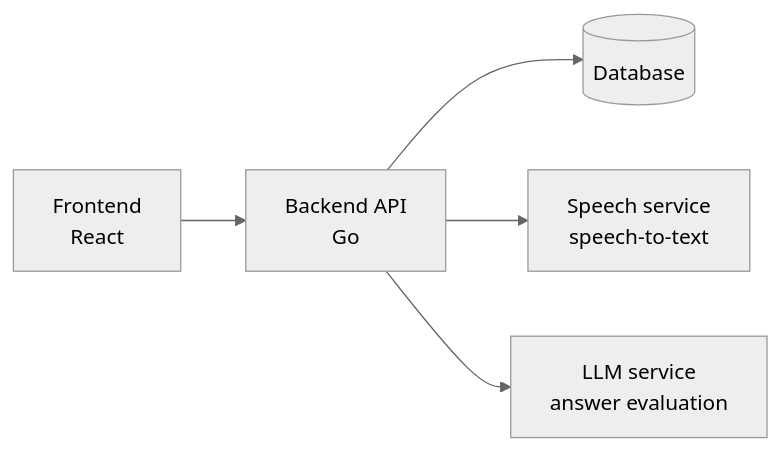
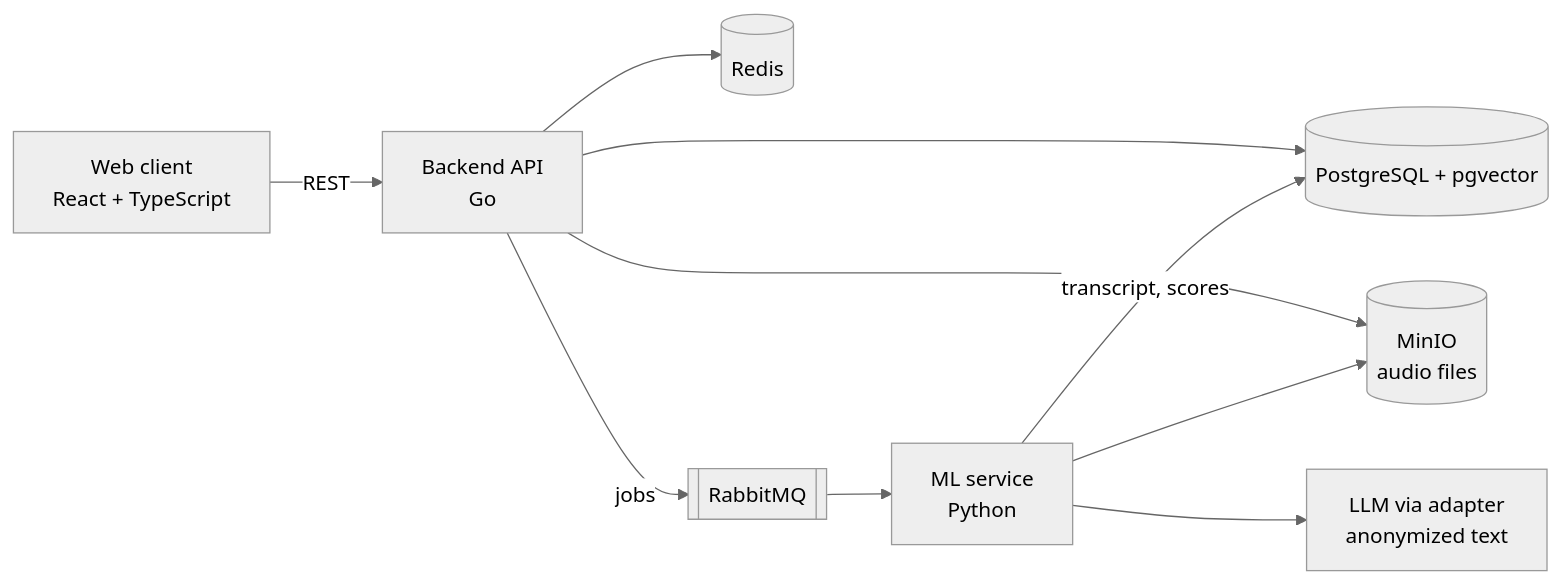
Before and after one commit to ETairkhan/diplomka: the diagram in diagrams/src/components.mmd, drawn with Mermaid (neutral theme). The commit also changed 45 other files, not shown here.

```diff
--- a/diagrams/src/components.mmd
+++ b/diagrams/src/components.mmd
@@ -1,5 +1,10 @@
 flowchart LR
-    FE[Frontend<br/>React] --> BE[Backend API<br/>Go]
-    BE --> DB[(Database)]
-    BE --> STT[Speech service<br/>speech-to-text]
-    BE --> LLM[LLM service<br/>answer evaluation]
+    FE[Web client<br/>React + TypeScript] -->|REST| BE[Backend API<br/>Go]
+    BE --> DB[(PostgreSQL + pgvector)]
+    BE --> S3[(MinIO<br/>audio files)]
+    BE --> RD[(Redis)]
+    BE -->|jobs| MQ[[RabbitMQ]]
+    MQ --> ML[ML service<br/>Python]
+    ML --> S3
+    ML --> LLM[LLM via adapter<br/>anonymized text]
+    ML -->|transcript, scores| DB
```
